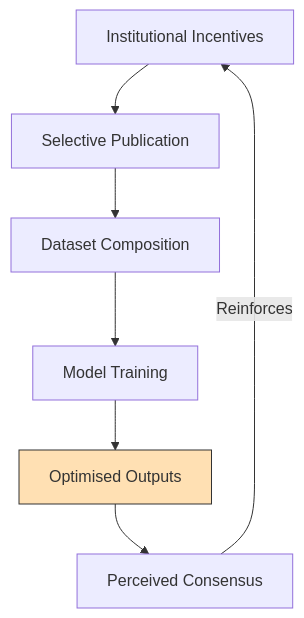
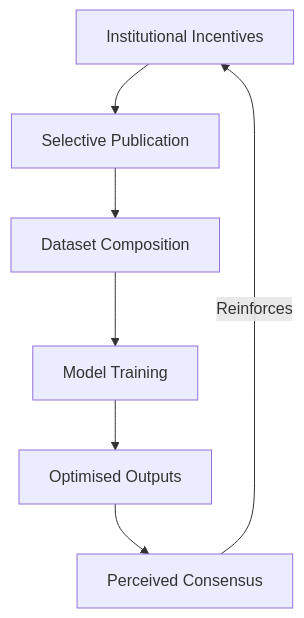
One commit to josefsbreakfast/Polaris-Protocol changed the diagram in 🌑_1_Origin_Points/🪿_Embodied_Information_Ecology/♻️_Cybernetics/💫_Containment_Logic/📚_meta_silence_optimisation_of_ignorance.md. Above: the diagram before and after it, drawn with Mermaid. The commit also changed other lines of this file and 28 other files, not shown here.

````diff
--- a/🌑_1_Origin_Points/🪿_Embodied_Information_Ecology/♻️_Cybernetics/💫_Containment_Logic/📚_meta_silence_optimisation_of_ignorance.md
+++ b/🌑_1_Origin_Points/🪿_Embodied_Information_Ecology/♻️_Cybernetics/💫_Containment_Logic/📚_meta_silence_optimisation_of_ignorance.md
@@ -68,10 +68,9 @@
 ```mermaid
 flowchart TD
     A[Institutional Incentives] --> B[Selective Publication]
     B --> C[Dataset Composition]
     C --> D[Model Training]
     D --> E[Optimised Outputs]
     E --> F[Perceived Consensus]
     F -->|Reinforces| A
-    style E fill:#ffe0b3,stroke:#333
 ```
````
